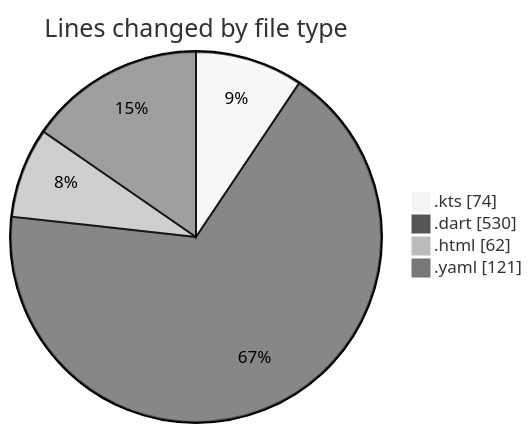
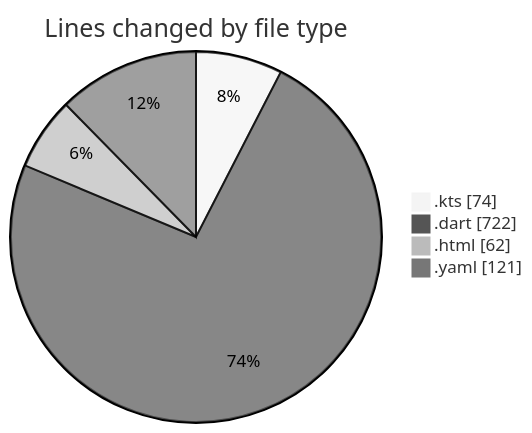
The first of 2 diagrams in 2025-08-03/studybuddy/README.md (lephambinh05/code-tracking), drawn with Mermaid (neutral theme) before and after one commit. The commit also changed other lines of this file and 1 other file, not shown here.

````diff
--- a/2025-08-03/studybuddy/README.md
+++ b/2025-08-03/studybuddy/README.md
@@ -28,8 +29,8 @@
 ```mermaid
 pie showData
 title Lines changed by file type
 ".kts" : 74
-".dart" : 530
+".dart" : 722
 ".html" : 62
 ".yaml" : 121
 ```
````
